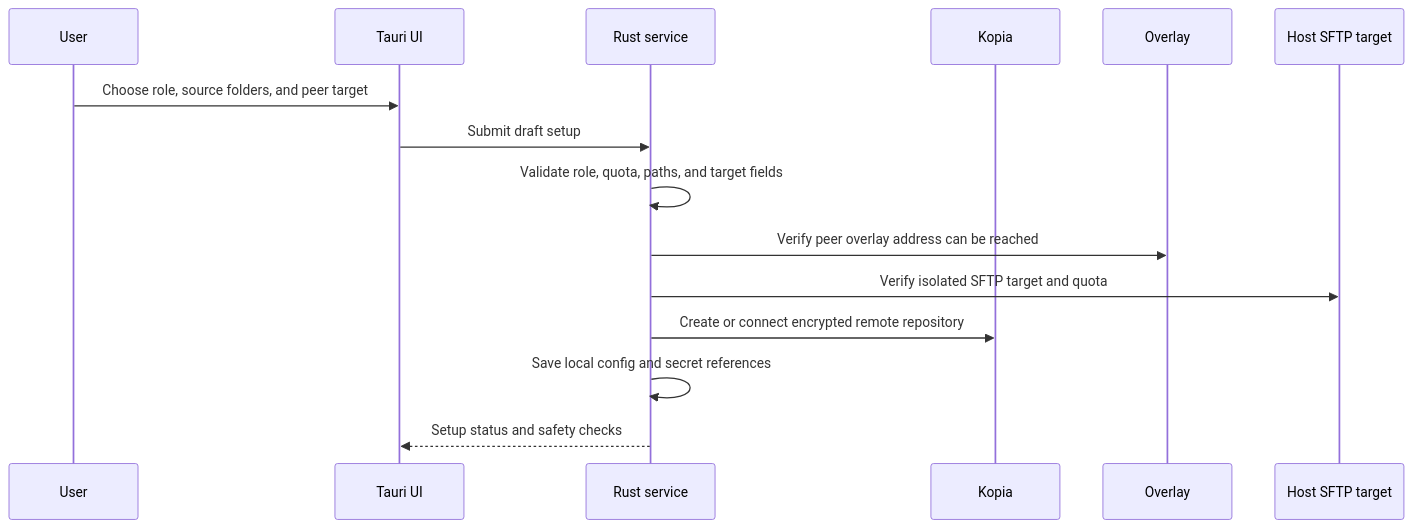
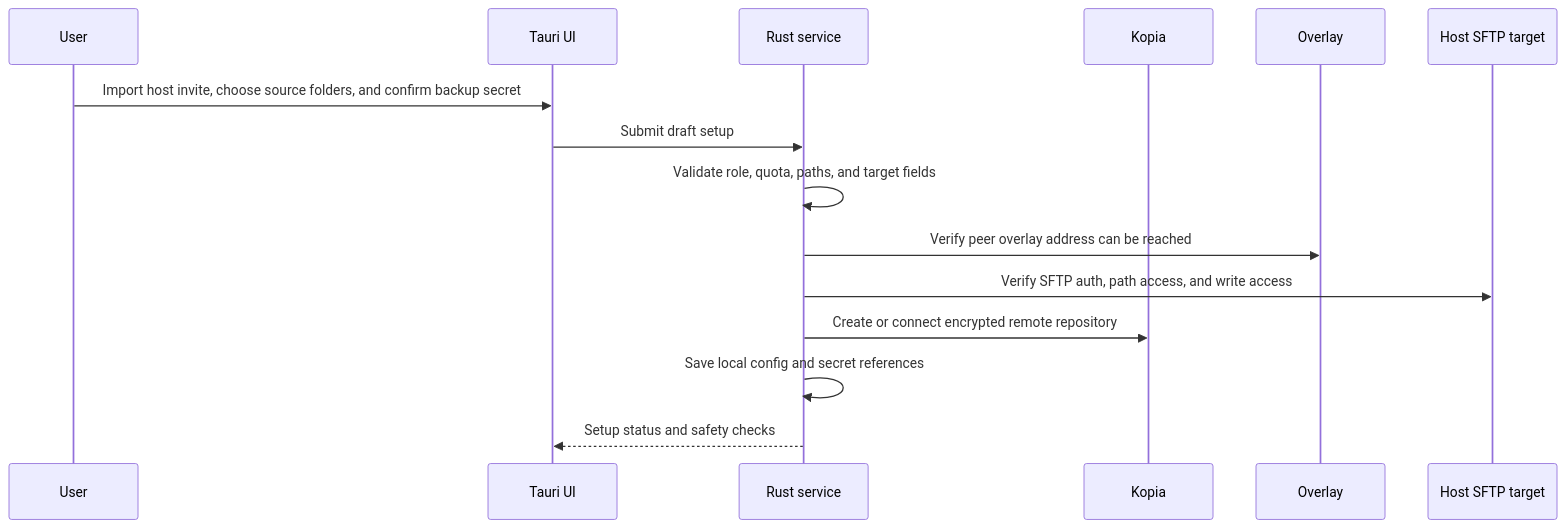
One commit to ayaghini/Nas-backup-buddy changed the second of 6 diagrams in docs/client-app/architecture.md. Above: the diagram before and after it, drawn with Mermaid. The commit also changed other lines of this file and 17 other files, not shown here.

````diff
--- a/docs/client-app/architecture.md
+++ b/docs/client-app/architecture.md
@@ -129,18 +148,18 @@
 ```mermaid
 sequenceDiagram
   participant U as User
   participant UI as Tauri UI
   participant S as Rust service
   participant K as Kopia
   participant O as Overlay
   participant H as Host SFTP target
 
-  U->>UI: Choose role, source folders, and peer target
+  U->>UI: Import host invite, choose source folders, and confirm backup secret
   UI->>S: Submit draft setup
   S->>S: Validate role, quota, paths, and target fields
   S->>O: Verify peer overlay address can be reached
-  S->>H: Verify isolated SFTP target and quota
+  S->>H: Verify SFTP auth, path access, and write access
   S->>K: Create or connect encrypted remote repository
   S->>S: Save local config and secret references
   S-->>UI: Setup status and safety checks
 ```
````
